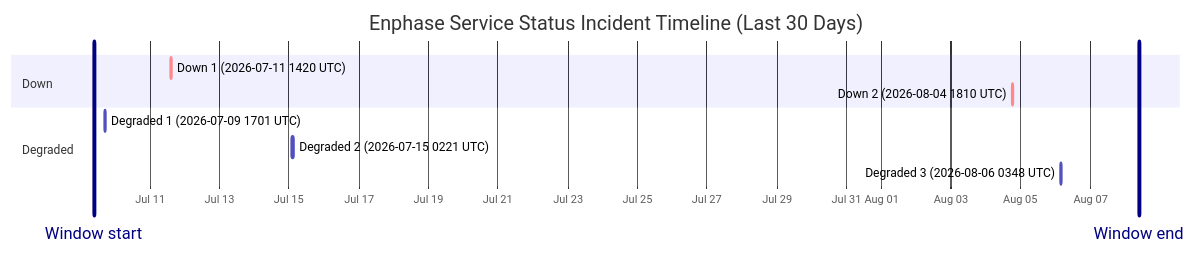
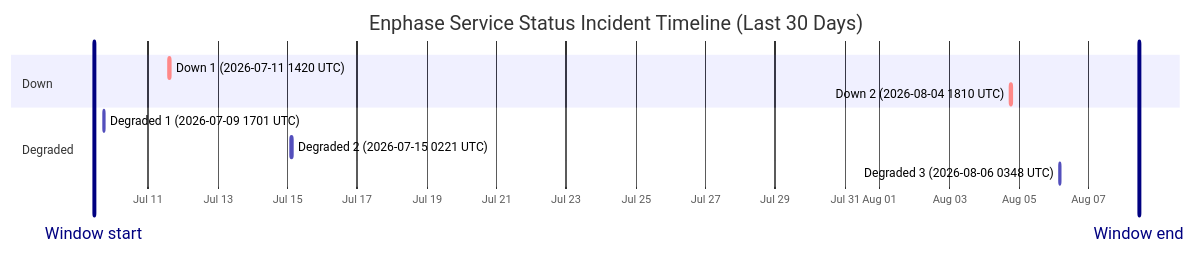
Before and after one commit to barneyonline/ha-enphase-energy: the diagram in wiki/Service-Status-History.md, drawn with Mermaid. The commit also changed other lines of this file and 3 other files, not shown here.

````diff
--- a/wiki/Service-Status-History.md
+++ b/wiki/Service-Status-History.md
@@ -14,15 +14,15 @@
 ```mermaid
 gantt
     title Enphase Service Status Incident Timeline (Last 30 Days)
     dateFormat  YYYY-MM-DDTHH:mm:ss
     axisFormat  %b %d
-    Window start :vert, window-start, 2026-07-09T09:35:35, 0ms
-    Window end :vert, window-end, 2026-08-08T09:35:35, 0ms
+    Window start :vert, window-start, 2026-07-09T10:30:43, 0ms
+    Window end :vert, window-end, 2026-08-08T10:30:43, 0ms
     section Down
     Down 1 (2026-07-11 1420 UTC) :crit, down-1, 2026-07-11T14:20:54, 69m
     Down 2 (2026-08-04 1810 UTC) :crit, down-2, 2026-08-04T18:10:46, 60m
     section Degraded
     Degraded 1 (2026-07-09 1701 UTC) :active, degraded-1, 2026-07-09T17:01:02, 60m
     Degraded 2 (2026-07-15 0221 UTC) :active, degraded-2, 2026-07-15T02:21:35, 60m
     Degraded 3 (2026-08-06 0348 UTC) :active, degraded-3, 2026-08-06T03:48:14, 60m
 ```
````
